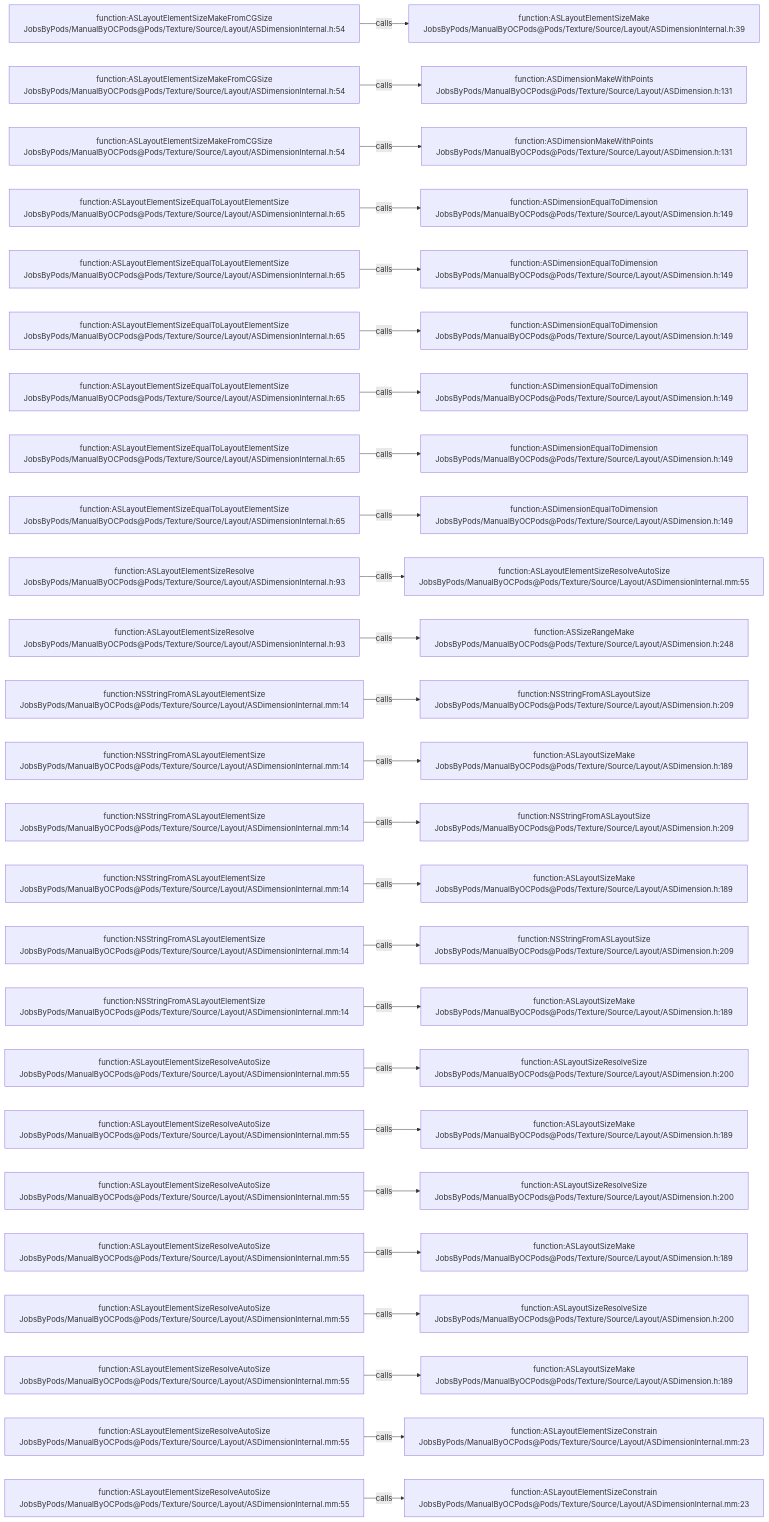
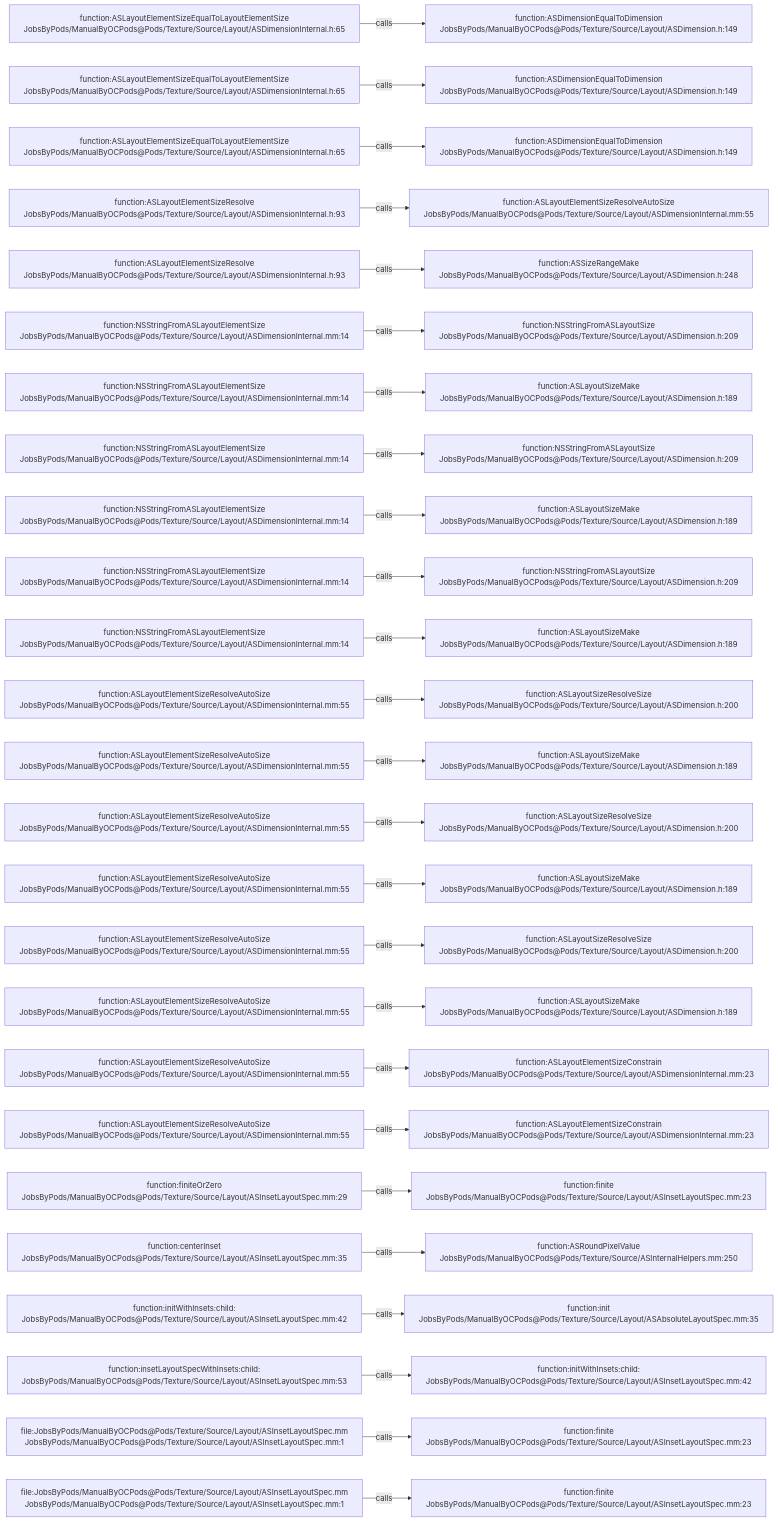
Before and after one commit to JobsKits/JobsOCBaseConfigDemo: the diagram in .codegraph/codegraph.md/graphs/calls-169.md, drawn with Mermaid. The commit also changed 666 other files, not shown here.

````diff
--- a/.codegraph/codegraph.md/graphs/calls-169.md
+++ b/.codegraph/codegraph.md/graphs/calls-169.md
@@ -13,78 +13,78 @@
 ```mermaid
 flowchart LR
-  S1["function:ASLayoutElementSizeMakeFromCGSize<br/>JobsByPods/ManualByOCPods@Pods/Texture/Source/Layout/ASDimensionInternal.h:54"]
-  T1["function:ASLayoutElementSizeMake<br/>JobsByPods/ManualByOCPods@Pods/Texture/Source/Layout/ASDimensionInternal.h:39"]
+  S1["function:ASLayoutElementSizeEqualToLayoutElementSize<br/>JobsByPods/ManualByOCPods@Pods/Texture/Source/Layout/ASDimensionInternal.h:65"]
+  T1["function:ASDimensionEqualToDimension<br/>JobsByPods/ManualByOCPods@Pods/Texture/Source/Layout/ASDimension.h:149"]
   S1 -->|calls| T1
-  S2["function:ASLayoutElementSizeMakeFromCGSize<br/>JobsByPods/ManualByOCPods@Pods/Texture/Source/Layout/ASDimensionInternal.h:54"]
-  T2["function:ASDimensionMakeWithPoints<br/>JobsByPods/ManualByOCPods@Pods/Texture/Source/Layout/ASDimension.h:131"]
+  S2["function:ASLayoutElementSizeEqualToLayoutElementSize<br/>JobsByPods/ManualByOCPods@Pods/Texture/Source/Layout/ASDimensionInternal.h:65"]
+  T2["function:ASDimensionEqualToDimension<br/>JobsByPods/ManualByOCPods@Pods/Texture/Source/Layout/ASDimension.h:149"]
   S2 -->|calls| T2
-  S3["function:ASLayoutElementSizeMakeFromCGSize<br/>JobsByPods/ManualByOCPods@Pods/Texture/Source/Layout/ASDimensionInternal.h:54"]
-  T3["function:ASDimensionMakeWithPoints<br/>JobsByPods/ManualByOCPods@Pods/Texture/Source/Layout/ASDimension.h:131"]
+  S3["function:ASLayoutElementSizeEqualToLayoutElementSize<br/>JobsByPods/ManualByOCPods@Pods/Texture/Source/Layout/ASDimensionInternal.h:65"]
+  T3["function:ASDimensionEqualToDimension<br/>JobsByPods/ManualByOCPods@Pods/Texture/Source/Layout/ASDimension.h:149"]
   S3 -->|calls| T3
-  S4["function:ASLayoutElementSizeEqualToLayoutElementSize<br/>JobsByPods/ManualByOCPods@Pods/Texture/Source/Layout/ASDimensionInternal.h:65"]
-  T4["function:ASDimensionEqualToDimension<br/>JobsByPods/ManualByOCPods@Pods/Texture/Source/Layout/ASDimension.h:149"]
+  S4["function:ASLayoutElementSizeResolve<br/>JobsByPods/ManualByOCPods@Pods/Texture/Source/Layout/ASDimensionInternal.h:93"]
+  T4["function:ASLayoutElementSizeResolveAutoSize<br/>JobsByPods/ManualByOCPods@Pods/Texture/Source/Layout/ASDimensionInternal.mm:55"]
   S4 -->|calls| T4
-  S5["function:ASLayoutElementSizeEqualToLayoutElementSize<br/>JobsByPods/ManualByOCPods@Pods/Texture/Source/Layout/ASDimensionInternal.h:65"]
-  T5["function:ASDimensionEqualToDimension<br/>JobsByPods/ManualByOCPods@Pods/Texture/Source/Layout/ASDimension.h:149"]
+  S5["function:ASLayoutElementSizeResolve<br/>JobsByPods/ManualByOCPods@Pods/Texture/Source/Layout/ASDimensionInternal.h:93"]
+  T5["function:ASSizeRangeMake<br/>JobsByPods/ManualByOCPods@Pods/Texture/Source/Layout/ASDimension.h:248"]
   S5 -->|calls| T5
-  S6["function:ASLayoutElementSizeEqualToLayoutElementSize<br/>JobsByPods/ManualByOCPods@Pods/Texture/Source/Layout/ASDimensionInternal.h:65"]
-  T6["function:ASDimensionEqualToDimension<br/>JobsByPods/ManualByOCPods@Pods/Texture/Source/Layout/ASDimension.h:149"]
+  S6["function:NSStringFromASLayoutElementSize<br/>JobsByPods/ManualByOCPods@Pods/Texture/Source/Layout/ASDimensionInternal.mm:14"]
+  T6["function:NSStringFromASLayoutSize<br/>JobsByPods/ManualByOCPods@Pods/Texture/Source/Layout/ASDimension.h:209"]
   S6 -->|calls| T6
-  S7["function:ASLayoutElementSizeEqualToLayoutElementSize<br/>JobsByPods/ManualByOCPods@Pods/Texture/Source/Layout/ASDimensionInternal.h:65"]
-  T7["function:ASDimensionEqualToDimension<br/>JobsByPods/ManualByOCPods@Pods/Texture/Source/Layout/ASDimension.h:149"]
+  S7["function:NSStringFromASLayoutElementSize<br/>JobsByPods/ManualByOCPods@Pods/Texture/Source/Layout/ASDimensionInternal.mm:14"]
+  T7["function:ASLayoutSizeMake<br/>JobsByPods/ManualByOCPods@Pods/Texture/Source/Layout/ASDimension.h:189"]
   S7 -->|calls| T7
-  S8["function:ASLayoutElementSizeEqualToLayoutElementSize<br/>JobsByPods/ManualByOCPods@Pods/Texture/Source/Layout/ASDimensionInternal.h:65"]
-  T8["function:ASDimensionEqualToDimension<br/>JobsByPods/ManualByOCPods@Pods/Texture/Source/Layout/ASDimension.h:149"]
+  S8["function:NSStringFromASLayoutElementSize<br/>JobsByPods/ManualByOCPods@Pods/Texture/Source/Layout/ASDimensionInternal.mm:14"]
+  T8["function:NSStringFromASLayoutSize<br/>JobsByPods/ManualByOCPods@Pods/Texture/Source/Layout/ASDimension.h:209"]
   S8 -->|calls| T8
-  S9["function:ASLayoutElementSizeEqualToLayoutElementSize<br/>JobsByPods/ManualByOCPods@Pods/Texture/Source/Layout/ASDimensionInternal.h:65"]
-  T9["function:ASDimensionEqualToDimension<br/>JobsByPods/ManualByOCPods@Pods/Texture/Source/Layout/ASDimension.h:149"]
+  S9["function:NSStringFromASLayoutElementSize<br/>JobsByPods/ManualByOCPods@Pods/Texture/Source/Layout/ASDimensionInternal.mm:14"]
+  T9["function:ASLayoutSizeMake<br/>JobsByPods/ManualByOCPods@Pods/Texture/Source/Layout/ASDimension.h:189"]
   S9 -->|calls| T9
-  S10["function:ASLayoutElementSizeResolve<br/>JobsByPods/ManualByOCPods@Pods/Texture/Source/Layout/ASDimensionInternal.h:93"]
-  T10["function:ASLayoutElementSizeResolveAutoSize<br/>JobsByPods/ManualByOCPods@Pods/Texture/Source/Layout/ASDimensionInternal.mm:55"]
+  S10["function:NSStringFromASLayoutElementSize<br/>JobsByPods/ManualByOCPods@Pods/Texture/Source/Layout/ASDimensionInternal.mm:14"]
+  T10["function:NSStringFromASLayoutSize<br/>JobsByPods/ManualByOCPods@Pods/Texture/Source/Layout/ASDimension.h:209"]
   S10 -->|calls| T10
-  S11["function:ASLayoutElementSizeResolve<br/>JobsByPods/ManualByOCPods@Pods/Texture/Source/Layout/ASDimensionInternal.h:93"]
-  T11["function:ASSizeRangeMake<br/>JobsByPods/ManualByOCPods@Pods/Texture/Source/Layout/ASDimension.h:248"]
+  S11["function:NSStringFromASLayoutElementSize<br/>JobsByPods/ManualByOCPods@Pods/Texture/Source/Layout/ASDimensionInternal.mm:14"]
+  T11["function:ASLayoutSizeMake<br/>JobsByPods/ManualByOCPods@Pods/Texture/Source/Layout/ASDimension.h:189"]
   S11 -->|calls| T11
-  S12["function:NSStringFromASLayoutElementSize<br/>JobsByPods/ManualByOCPods@Pods/Texture/Source/Layout/ASDimensionInternal.mm:14"]
-  T12["function:NSStringFromASLayoutSize<br/>JobsByPods/ManualByOCPods@Pods/Texture/Source/Layout/ASDimension.h:209"]
+  S12["function:ASLayoutElementSizeResolveAutoSize<br/>JobsByPods/ManualByOCPods@Pods/Texture/Source/Layout/ASDimensionInternal.mm:55"]
+  T12["function:ASLayoutSizeResolveSize<br/>JobsByPods/ManualByOCPods@Pods/Texture/Source/Layout/ASDimension.h:200"]
   S12 -->|calls| T12
-  S13["function:NSStringFromASLayoutElementSize<br/>JobsByPods/ManualByOCPods@Pods/Texture/Source/Layout/ASDimensionInternal.mm:14"]
+  S13["function:ASLayoutElementSizeResolveAutoSize<br/>JobsByPods/ManualByOCPods@Pods/Texture/Source/Layout/ASDimensionInternal.mm:55"]
   T13["function:ASLayoutSizeMake<br/>JobsByPods/ManualByOCPods@Pods/Texture/Source/Layout/ASDimension.h:189"]
   S13 -->|calls| T13
-  S14["function:NSStringFromASLayoutElementSize<br/>JobsByPods/ManualByOCPods@Pods/Texture/Source/Layout/ASDimensionInternal.mm:14"]
-  T14["function:NSStringFromASLayoutSize<br/>JobsByPods/ManualByOCPods@Pods/Texture/Source/Layout/ASDimension.h:209"]
+  S14["function:ASLayoutElementSizeResolveAutoSize<br/>JobsByPods/ManualByOCPods@Pods/Texture/Source/Layout/ASDimensionInternal.mm:55"]
+  T14["function:ASLayoutSizeResolveSize<br/>JobsByPods/ManualByOCPods@Pods/Texture/Source/Layout/ASDimension.h:200"]
   S14 -->|calls| T14
-  S15["function:NSStringFromASLayoutElementSize<br/>JobsByPods/ManualByOCPods@Pods/Texture/Source/Layout/ASDimensionInternal.mm:14"]
+  S15["function:ASLayoutElementSizeResolveAutoSize<br/>JobsByPods/ManualByOCPods@Pods/Texture/Source/Layout/ASDimensionInternal.mm:55"]
   T15["function:ASLayoutSizeMake<br/>JobsByPods/ManualByOCPods@Pods/Texture/Source/Layout/ASDimension.h:189"]
   S15 -->|calls| T15
-  S16["function:NSStringFromASLayoutElementSize<br/>JobsByPods/ManualByOCPods@Pods/Texture/Source/Layout/ASDimensionInternal.mm:14"]
-  T16["function:NSStringFromASLayoutSize<br/>JobsByPods/ManualByOCPods@Pods/Texture/Source/Layout/ASDimension.h:209"]
+  S16["function:ASLayoutElementSizeResolveAutoSize<br/>JobsByPods/ManualByOCPods@Pods/Texture/Source/Layout/ASDimensionInternal.mm:55"]
+  T16["function:ASLayoutSizeResolveSize<br/>JobsByPods/ManualByOCPods@Pods/Texture/Source/Layout/ASDimension.h:200"]
   S16 -->|calls| T16
-  S17["function:NSStringFromASLayoutElementSize<br/>JobsByPods/ManualByOCPods@Pods/Texture/Source/Layout/ASDimensionInternal.mm:14"]
+  S17["function:ASLayoutElementSizeResolveAutoSize<br/>JobsByPods/ManualByOCPods@Pods/Texture/Source/Layout/ASDimensionInternal.mm:55"]
   T17["function:ASLayoutSizeMake<br/>JobsByPods/ManualByOCPods@Pods/Texture/Source/Layout/ASDimension.h:189"]
   S17 -->|calls| T17
   S18["function:ASLayoutElementSizeResolveAutoSize<br/>JobsByPods/ManualByOCPods@Pods/Texture/Source/Layout/ASDimensionInternal.mm:55"]
-  T18["function:ASLayoutSizeResolveSize<br/>JobsByPods/ManualByOCPods@Pods/Texture/Source/Layout/ASDimension.h:200"]
+  T18["function:ASLayoutElementSizeConstrain<br/>JobsByPods/ManualByOCPods@Pods/Texture/Source/Layout/ASDimensionInternal.mm:23"]
   S18 -->|calls| T18
   S19["function:ASLayoutElementSizeResolveAutoSize<br/>JobsByPods/ManualByOCPods@Pods/Texture/Source/Layout/ASDimensionInternal.mm:55"]
-  T19["function:ASLayoutSizeMake<br/>JobsByPods/ManualByOCPods@Pods/Texture/Source/Layout/ASDimension.h:189"]
+  T19["function:ASLayoutElementSizeConstrain<br/>JobsByPods/ManualByOCPods@Pods/Texture/Source/Layout/ASDimensionInternal.mm:23"]
   S19 -->|calls| T19
-  S20["function:ASLayoutElementSizeResolveAutoSize<br/>JobsByPods/ManualByOCPods@Pods/Texture/Source/Layout/ASDimensionInternal.mm:55"]
-  T20["function:ASLayoutSizeResolveSize<br/>JobsByPods/ManualByOCPods@Pods/Texture/Source/Layout/ASDimension.h:200"]
+  S20["function:finiteOrZero<br/>JobsByPods/ManualByOCPods@Pods/Texture/Source/Layout/ASInsetLayoutSpec.mm:29"]
+  T20["function:finite<br/>JobsByPods/ManualByOCPods@Pods/Texture/Source/Layout/ASInsetLayoutSpec.mm:23"]
   S20 -->|calls| T20
-  S21["function:ASLayoutElementSizeResolveAutoSize<br/>JobsByPods/ManualByOCPods@Pods/Texture/Source/Layout/ASDimensionInternal.mm:55"]
-  T21["function:ASLayoutSizeMake<br/>JobsByPods/ManualByOCPods@Pods/Texture/Source/Layout/ASDimension.h:189"]
+  S21["function:centerInset<br/>JobsByPods/ManualByOCPods@Pods/Texture/Source/Layout/ASInsetLayoutSpec.mm:35"]
+  T21["function:ASRoundPixelValue<br/>JobsByPods/ManualByOCPods@Pods/Texture/Source/ASInternalHelpers.mm:250"]
   S21 -->|calls| T21
-  S22["function:ASLayoutElementSizeResolveAutoSize<br/>JobsByPods/ManualByOCPods@Pods/Texture/Source/Layout/ASDimensionInternal.mm:55"]
-  T22["function:ASLayoutSizeResolveSize<br/>JobsByPods/ManualByOCPods@Pods/Texture/Source/Layout/ASDimension.h:200"]
+  S22["function:initWithInsets:child:<br/>JobsByPods/ManualByOCPods@Pods/Texture/Source/Layout/ASInsetLayoutSpec.mm:42"]
+  T22["function:init<br/>JobsByPods/ManualByOCPods@Pods/Texture/Source/Layout/ASAbsoluteLayoutSpec.mm:35"]
   S22 -->|calls| T22
-  S23["function:ASLayoutElementSizeResolveAutoSize<br/>JobsByPods/ManualByOCPods@Pods/Texture/Source/Layout/ASDimensionInternal.mm:55"]
-  T23["function:ASLayoutSizeMake<br/>JobsByPods/ManualByOCPods@Pods/Texture/Source/Layout/ASDimension.h:189"]
+  S23["function:insetLayoutSpecWithInsets:child:<br/>JobsByPods/ManualByOCPods@Pods/Texture/Source/Layout/ASInsetLayoutSpec.mm:53"]
+  T23["function:initWithInsets:child:<br/>JobsByPods/ManualByOCPods@Pods/Texture/Source/Layout/ASInsetLayoutSpec.mm:42"]
   S23 -->|calls| T23
-  S24["function:ASLayoutElementSizeResolveAutoSize<br/>JobsByPods/ManualByOCPods@Pods/Texture/Source/Layout/ASDimensionInternal.mm:55"]
-  T24["function:ASLayoutElementSizeConstrain<br/>JobsByPods/ManualByOCPods@Pods/Texture/Source/Layout/ASDimensionInternal.mm:23"]
+  S24["file:JobsByPods/ManualByOCPods@Pods/Texture/Source/Layout/ASInsetLayoutSpec.mm<br/>JobsByPods/ManualByOCPods@Pods/Texture/Source/Layout/ASInsetLayoutSpec.mm:1"]
+  T24["function:finite<br/>JobsByPods/ManualByOCPods@Pods/Texture/Source/Layout/ASInsetLayoutSpec.mm:23"]
   S24 -->|calls| T24
-  S25["function:ASLayoutElementSizeResolveAutoSize<br/>JobsByPods/ManualByOCPods@Pods/Texture/Source/Layout/ASDimensionInternal.mm:55"]
-  T25["function:ASLayoutElementSizeConstrain<br/>JobsByPods/ManualByOCPods@Pods/Texture/Source/Layout/ASDimensionInternal.mm:23"]
+  S25["file:JobsByPods/ManualByOCPods@Pods/Texture/Source/Layout/ASInsetLayoutSpec.mm<br/>JobsByPods/ManualByOCPods@Pods/Texture/Source/Layout/ASInsetLayoutSpec.mm:1"]
+  T25["function:finite<br/>JobsByPods/ManualByOCPods@Pods/Texture/Source/Layout/ASInsetLayoutSpec.mm:23"]
   S25 -->|calls| T25
 ```
````
